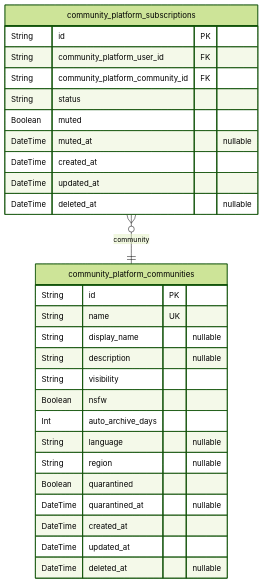
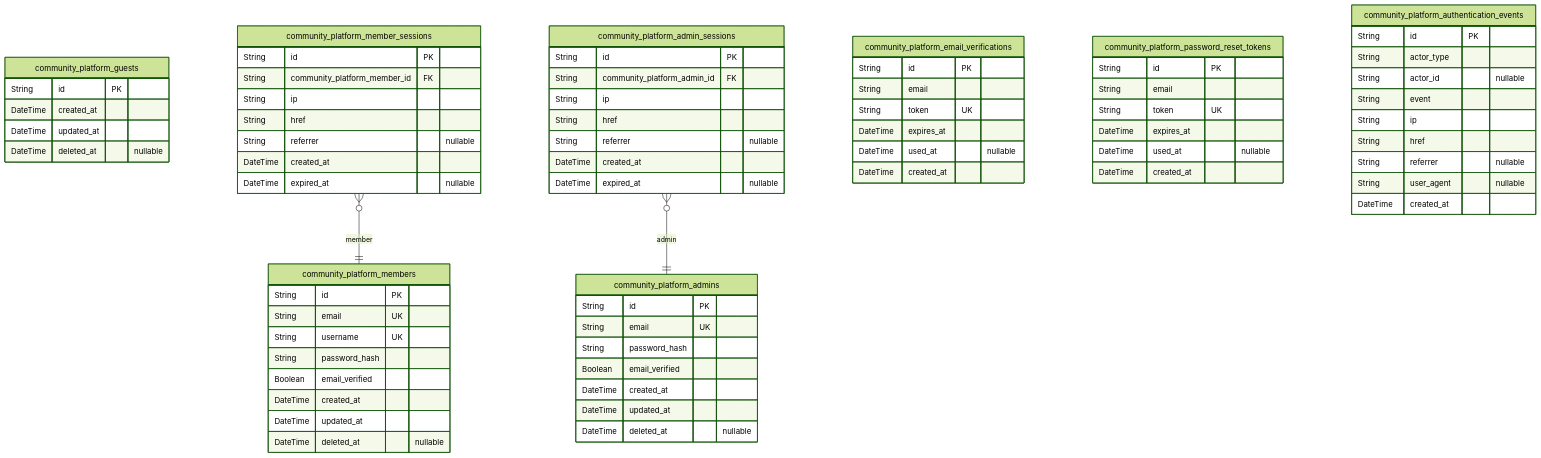
Before and after one commit to wrtnlabs/autobe-examples: the second of 10 diagrams in openai/gpt-5/reddit/docs/ERD.md, drawn with Mermaid (forest theme). The commit also changed other lines of this file and 16146 other files, not shown here.

````diff
--- a/openai/gpt-5/reddit/docs/ERD.md
+++ b/openai/gpt-5/reddit/docs/ERD.md
@@ -272,31 +353,75 @@
 ```mermaid
 erDiagram
-"community_platform_communities" {
+"community_platform_members" {
   String id PK
-  String name UK
-  String display_name "nullable"
-  String description "nullable"
-  String visibility
-  Boolean nsfw
-  Int auto_archive_days
-  String language "nullable"
-  String region "nullable"
-  Boolean quarantined
-  DateTime quarantined_at "nullable"
+  String email UK
+  String username UK
+  String password_hash
+  Boolean email_verified
   DateTime created_at
   DateTime updated_at
   DateTime deleted_at "nullable"
 }
-"community_platform_subscriptions" {
+"community_platform_admins" {
   String id PK
-  String community_platform_user_id FK
-  String community_platform_community_id FK
-  String status
-  Boolean muted
-  DateTime muted_at "nullable"
+  String email UK
+  String password_hash
+  Boolean email_verified
   DateTime created_at
   DateTime updated_at
   DateTime deleted_at "nullable"
 }
-"community_platform_subscriptions" }o--|| "community_platform_communities" : community
+"community_platform_guests" {
+  String id PK
+  DateTime created_at
+  DateTime updated_at
+  DateTime deleted_at "nullable"
+}
+"community_platform_member_sessions" {
+  String id PK
+  String community_platform_member_id FK
+  String ip
+  String href
+  String referrer "nullable"
+  DateTime created_at
+  DateTime expired_at "nullable"
+}
+"community_platform_admin_sessions" {
+  String id PK
+  String community_platform_admin_id FK
+  String ip
+  String href
+  String referrer "nullable"
+  DateTime created_at
+  DateTime expired_at "nullable"
+}
+"community_platform_email_verifications" {
+  String id PK
+  String email
+  String token UK
+  DateTime expires_at
+  DateTime used_at "nullable"
+  DateTime created_at
+}
+"community_platform_password_reset_tokens" {
+  String id PK
+  String email
+  String token UK
+  DateTime expires_at
+  DateTime used_at "nullable"
+  DateTime created_at
+}
+"community_platform_authentication_events" {
+  String id PK
+  String actor_type
+  String actor_id "nullable"
+  String event
+  String ip
+  String href
+  String referrer "nullable"
+  String user_agent "nullable"
+  DateTime created_at
+}
+"community_platform_member_sessions" }o--|| "community_platform_members" : member
+"community_platform_admin_sessions" }o--|| "community_platform_admins" : admin
 ```
````
